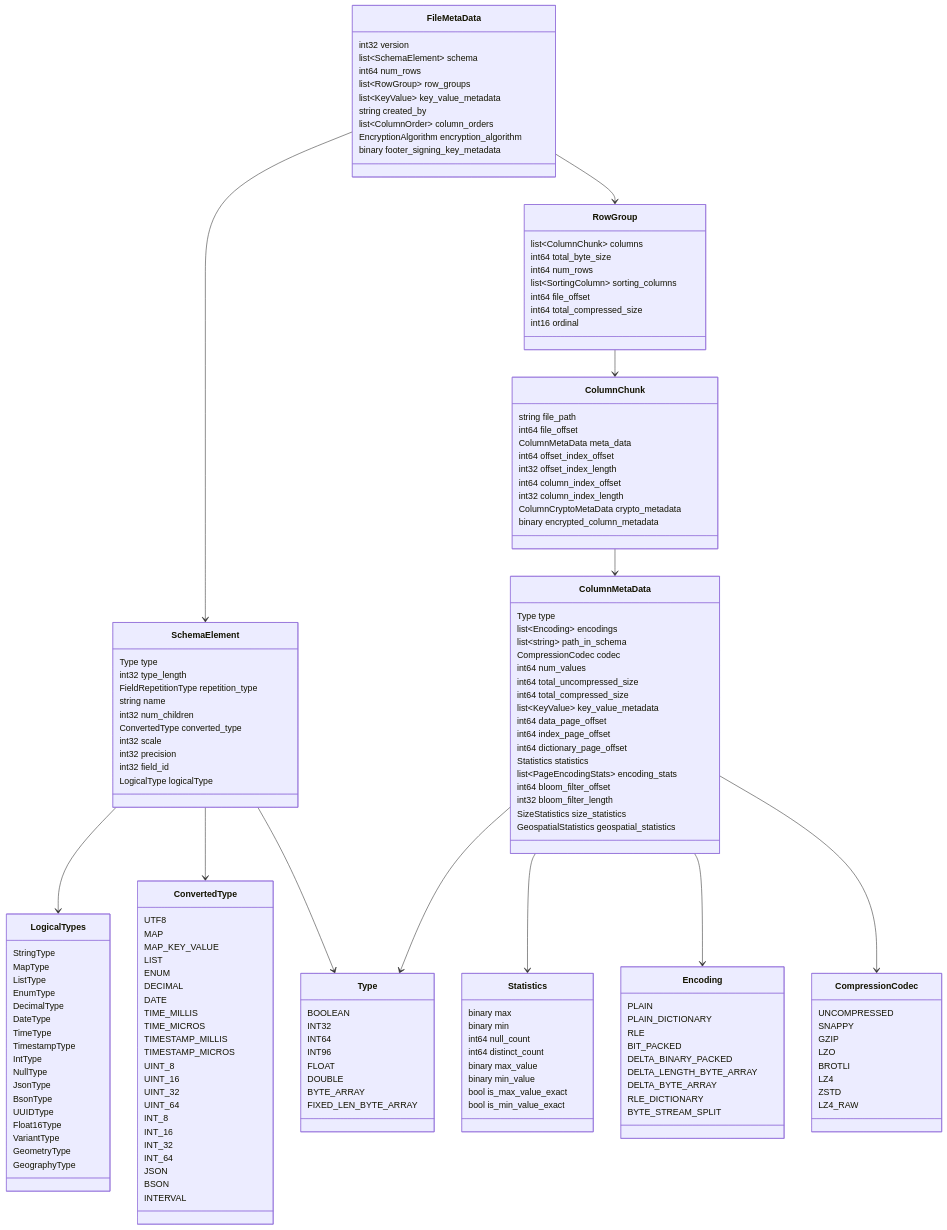
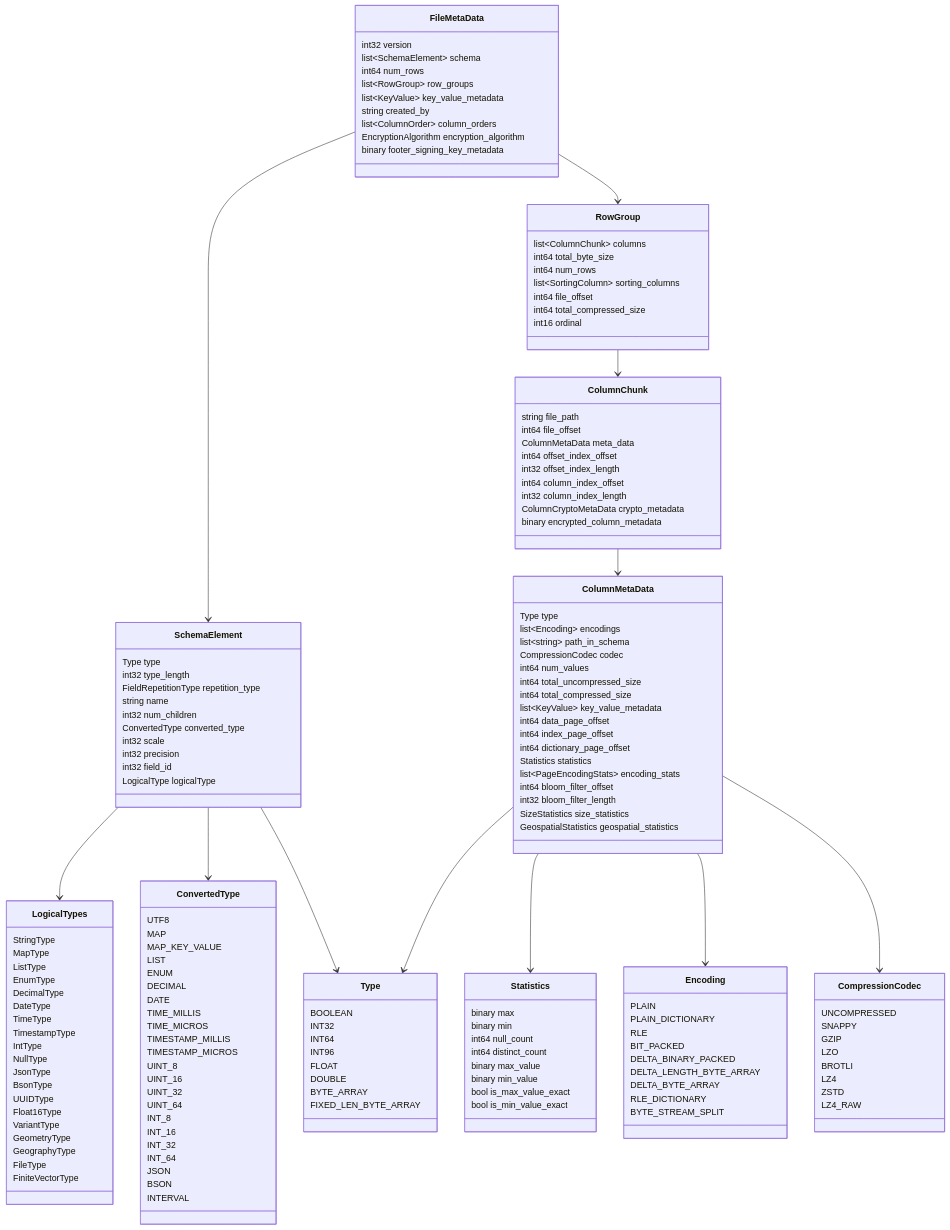
One commit to apache/parquet-site changed the diagram in static/images/FileMetaData.mermaid. Above: the diagram before and after it, drawn with Mermaid. The commit also changed 2 other files, not shown here.

Commit message:
Add FileType to the FileMetaData diagram, regenerate (#218)

```diff
--- a/static/images/FileMetaData.mermaid
+++ b/static/images/FileMetaData.mermaid
@@ -1,190 +1,192 @@
 %% Licensed to the Apache Software Foundation (ASF) under one
 %% or more contributor license agreements.  See the NOTICE file
 %% distributed with this work for additional information
 %% regarding copyright ownership.  The ASF licenses this file
 %% to you under the Apache License, Version 2.0 (the
 %% "License"); you may not use this file except in compliance
 %% with the License.  You may obtain a copy of the License at
 %%
 %%   http://www.apache.org/licenses/LICENSE-2.0
 %%
 %% Unless required by applicable law or agreed to in writing,
 %% software distributed under the License is distributed on an
 %% "AS IS" BASIS, WITHOUT WARRANTIES OR CONDITIONS OF ANY
 %% KIND, either express or implied.  See the License for the
 %% specific language governing permissions and limitations
 %% under the License.
 
 classDiagram
     FileMetaData --> SchemaElement
     FileMetaData --> RowGroup
     
     RowGroup --> ColumnChunk
     
     ColumnChunk --> ColumnMetaData
     
     ColumnMetaData --> Statistics
     ColumnMetaData --> Type
     ColumnMetaData --> Encoding
     ColumnMetaData --> CompressionCodec
     
     SchemaElement --> LogicalTypes
     SchemaElement --> Type
     SchemaElement --> ConvertedType
     
     class FileMetaData {
         int32 version
         list~SchemaElement~ schema
         int64 num_rows
         list~RowGroup~ row_groups
         list~KeyValue~ key_value_metadata
         string created_by
         list~ColumnOrder~ column_orders
         EncryptionAlgorithm encryption_algorithm
         binary footer_signing_key_metadata
     }
     
     class SchemaElement {
         Type type
         int32 type_length
         FieldRepetitionType repetition_type
         string name
         int32 num_children
         ConvertedType converted_type
         int32 scale
         int32 precision
         int32 field_id
         LogicalType logicalType
     }
     
     class Type {
         BOOLEAN
         INT32
         INT64
         INT96
         FLOAT
         DOUBLE
         BYTE_ARRAY
         FIXED_LEN_BYTE_ARRAY
     }
     
     class LogicalTypes {
         StringType
         MapType
         ListType
         EnumType
         DecimalType
         DateType
         TimeType
         TimestampType
         IntType
         NullType
         JsonType
         BsonType
         UUIDType
         Float16Type
         VariantType
         GeometryType
         GeographyType
+        FileType
+        FiniteVectorType
     }
     
     class ConvertedType {
         UTF8
         MAP
         MAP_KEY_VALUE
         LIST
         ENUM
         DECIMAL
         DATE
         TIME_MILLIS
         TIME_MICROS
         TIMESTAMP_MILLIS
         TIMESTAMP_MICROS
         UINT_8
         UINT_16
         UINT_32
         UINT_64
         INT_8
         INT_16
         INT_32
         INT_64
         JSON
         BSON
         INTERVAL
     }
     
     class Encoding {
         PLAIN
         PLAIN_DICTIONARY
         RLE
         BIT_PACKED
         DELTA_BINARY_PACKED
         DELTA_LENGTH_BYTE_ARRAY
         DELTA_BYTE_ARRAY
         RLE_DICTIONARY
         BYTE_STREAM_SPLIT
     }
     
     class CompressionCodec {
         UNCOMPRESSED
         SNAPPY
         GZIP
         LZO
         BROTLI
         LZ4
         ZSTD
         LZ4_RAW
     }
     
     class RowGroup {
         list~ColumnChunk~ columns
         int64 total_byte_size
         int64 num_rows
         list~SortingColumn~ sorting_columns
         int64 file_offset
         int64 total_compressed_size
         int16 ordinal
     }
     
     class ColumnChunk {
         string file_path
         int64 file_offset
         ColumnMetaData meta_data
         int64 offset_index_offset
         int32 offset_index_length
         int64 column_index_offset
         int32 column_index_length
         ColumnCryptoMetaData crypto_metadata
         binary encrypted_column_metadata
     }
     
     class ColumnMetaData {
         Type type
         list~Encoding~ encodings
         list~string~ path_in_schema
         CompressionCodec codec
         int64 num_values
         int64 total_uncompressed_size
         int64 total_compressed_size
         list~KeyValue~ key_value_metadata
         int64 data_page_offset
         int64 index_page_offset
         int64 dictionary_page_offset
         Statistics statistics
         list~PageEncodingStats~ encoding_stats
         int64 bloom_filter_offset
         int32 bloom_filter_length
         SizeStatistics size_statistics
         GeospatialStatistics geospatial_statistics
     }
     
     class Statistics {
         binary max
         binary min
         int64 null_count
         int64 distinct_count
         binary max_value
         binary min_value
         bool is_max_value_exact
         bool is_min_value_exact
     }
```
